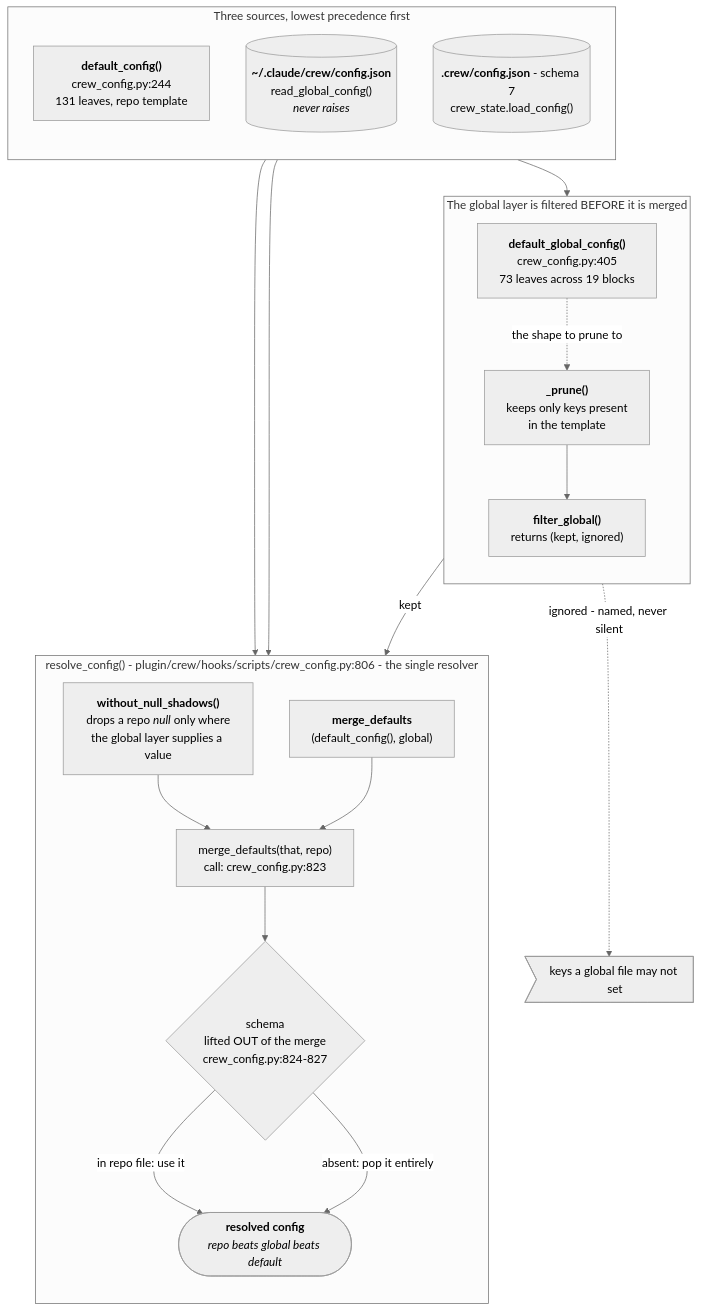
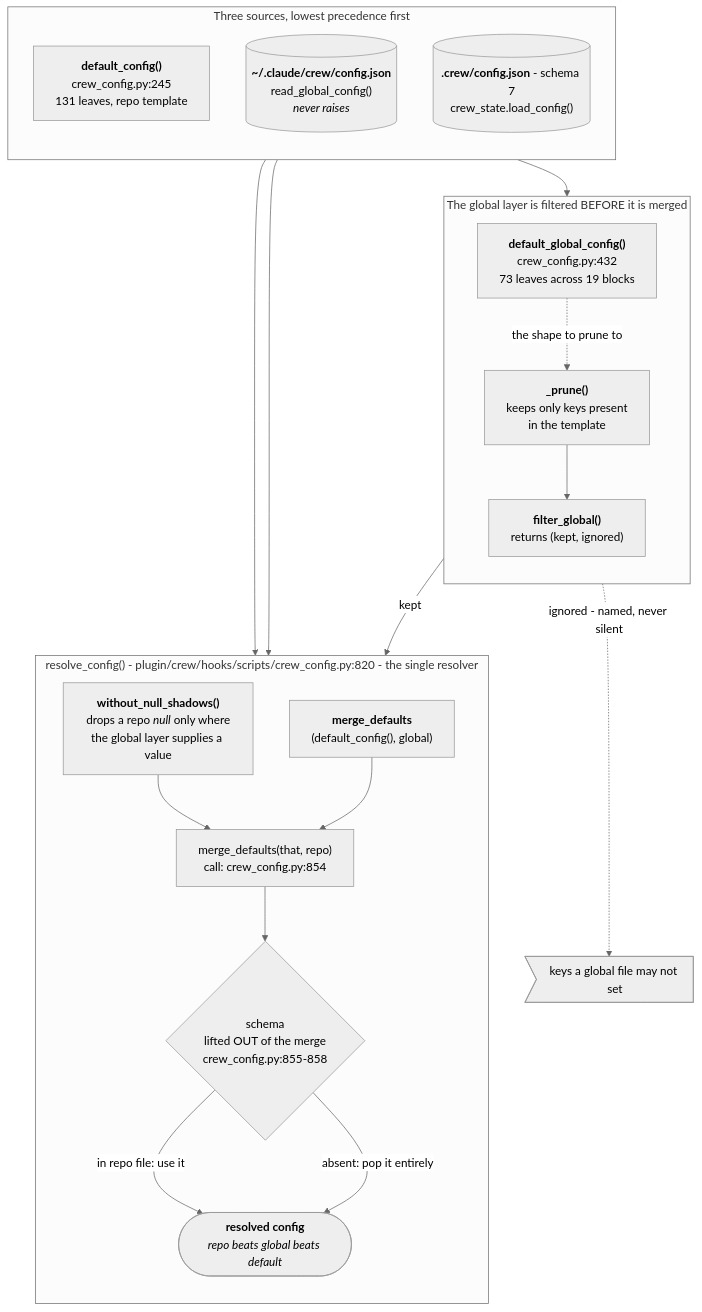
Before and after one commit to mbadali25/useful-claude-add-ons: the diagram in docs/diagrams/data-flow-crew-config-read.mmd, drawn with Mermaid (neutral theme). The commit also changed 9 other files, not shown here.

First line of the commit message:
T-0066: re-point config diagram cites, CONFIG.md measured counts 73/131/58, since-claims to 1.0.330

```diff
--- a/docs/diagrams/data-flow-crew-config-read.mmd
+++ b/docs/diagrams/data-flow-crew-config-read.mmd
@@ -1,69 +1,71 @@
 %% Generated from useful-claude-add-ons@452b30cc on 2026-10-02. Verify before trusting.
 %% Anchors: plugin/crew/hooks/scripts/crew_config.py, plugin/crew/hooks/scripts/crew_state.py, plugin/crew/hooks/scripts/crew_guards.py
 %% Purpose: The read side: the three config sources (built-in defaults, the machine file, the repo file), how the machine layer is pruned to its template before merging, and how resolve_config() merges them.
 %% Split from data-flow-crew-config.mmd (the overview); edges to other parts are drawn there.
-%% Re-drawn for T-0066 (crew 1.0.320, merging origin/main c9263465): crew_config.py gains a `git` block (forbiddenTrailers,
+%% Re-drawn for T-0066 (crew 1.0.330, merging origin/main c9263465): crew_config.py gains a `git` block (forbiddenTrailers,
 %%    default []) in both default functions. Counts re-executed: 131 / 73 / 58, 19 global blocks. DEF and TMPL updated.
+%%    Every crew_config.py and crew_state.py line cite re-pointed with grep -n on T-0066's branch (crew_guards and
+%%    crew_upgrade cites unchanged).
 %% Note DEF: default_config() plugin/crew/hooks/scripts/crew_config.py:245 <b>131 leaves</b> (executed, this
-%%    pass) composed from crew_state's PM_DEFAULTS :1108, QA_DEFAULTS :1160, DEV_DEFAULTS :1170,
-%%    WORKTREE_DEFAULTS :1198, CONTEXT_DEFAULTS :735, RESUME_DEFAULTS :698, AUTOPILOT_DEFAULTS :1097 -
+%%    pass) composed from crew_state's PM_DEFAULTS :1140, QA_DEFAULTS :1192, DEV_DEFAULTS :1202,
+%%    WORKTREE_DEFAULTS :1230, CONTEXT_DEFAULTS :765, RESUME_DEFAULTS :728, AUTOPILOT_DEFAULTS :1129 -
 %%    repo-only (re-exported from crew_guards: INSTALL_DEFAULTS :48, GUARD_DEFAULTS :198, PRODUCTION_DEFAULTS
 %%    :222, CLOUD_DEFAULTS :239 - repo-only, ENVIRONMENTS_DEFAULTS :251 - nonProd repo-only), and
 %%    crew_upgrade's GRAPH_BLOCK :48 / DOCS_BLOCK :107 / BITBUCKET_BLOCK :150 / GITHUB_BLOCK :173 /
 %%    CHANGE_BLOCK :203
-%% Note GLB: ~/.claude/crew/config.json read_global_config() plugin/crew/hooks/scripts/crew_config.py:753
+%% Note GLB: ~/.claude/crew/config.json read_global_config() plugin/crew/hooks/scripts/crew_config.py:767
 %%    <i>never raises</i> - absent, malformed or non-object all return {}, because this is reached from a
 %%    SessionStart hook
 %% Note REPO: .crew/config.json - schema 7 crew_state.load_config()
 %%    plugin/crew/hooks/scripts/crew_state.py:267 NOT the same file crew_context.py reads first - see the
 %%    TwoFiles section below
-%% Note TMPL: default_global_config() plugin/crew/hooks/scripts/crew_config.py:422 <b>73 leaves</b> (executed,
+%% Note TMPL: default_global_config() plugin/crew/hooks/scripts/crew_config.py:432 <b>73 leaves</b> (executed,
 %%    this pass) across <b>19 blocks</b>: qa, dev, worktree, secondOpinion, memory (2 of 5 repo leaves),
 %%    notify, pm, context.autoClear (8 of 9 - unsafeFocus is excluded, see AutoClear below), resume, docs,
 %%    bitbucket, github, install, guards (all TEN names), environments (prodUnattended only), change, git, route,
 %%    shellRoute - the single definition both rules below are enforced against
-%% Note PRUNE: _prune() plugin/crew/hooks/scripts/crew_config.py:685 keeps only keys present in the template.
+%% Note PRUNE: _prune() plugin/crew/hooks/scripts/crew_config.py:699 keeps only keys present in the template.
 %%    Descends structurally, so naming a block grants only the leaves under it.
-%% Note FILT: filter_global() plugin/crew/hooks/scripts/crew_config.py:711 returns (kept, ignored)
-%% Note NULLS: without_null_shadows() plugin/crew/hooks/scripts/crew_config.py:662 drops a repo <i>null</i>
+%% Note FILT: filter_global() plugin/crew/hooks/scripts/crew_config.py:725 returns (kept, ignored)
+%% Note NULLS: without_null_shadows() plugin/crew/hooks/scripts/crew_config.py:676 drops a repo <i>null</i>
 %%    ONLY where the global layer supplies a real value.
-%% Note M1: merge_defaults(default_config(), global) call: crew_config.py:822 def: plugin/crew/hooks/scripts/crew_state.py:1348
+%% Note M1: merge_defaults(default_config(), global) call: crew_config.py:853 def: plugin/crew/hooks/scripts/crew_state.py:1380
 %% Note OUT: resolved config <i>repo beats global beats default</i> this is ONLY .crew/config.json's
 %%    precedence - autoClear's own read path bypasses it, below
 flowchart TB
 
     subgraph Sources["Three sources, lowest precedence first"]
         direction TB
-        DEF["<b>default_config()</b><br/>crew_config.py:244<br/>131 leaves, repo template"]
+        DEF["<b>default_config()</b><br/>crew_config.py:245<br/>131 leaves, repo template"]
         GLB[("<b>~/.claude/crew/config.json</b><br/>read_global_config()<br/><i>never raises</i>")]
         REPO[("<b>.crew/config.json</b> - schema 7<br/>crew_state.load_config()")]
     end
 
     subgraph Gate["The global layer is filtered BEFORE it is merged"]
         direction TB
-        TMPL["<b>default_global_config()</b><br/>crew_config.py:405<br/>73 leaves across 19 blocks"]
+        TMPL["<b>default_global_config()</b><br/>crew_config.py:432<br/>73 leaves across 19 blocks"]
         PRUNE["<b>_prune()</b><br/>keeps only keys present<br/>in the template"]
         FILT["<b>filter_global()</b><br/>returns (kept, ignored)"]
     end
 
-    subgraph Merge["resolve_config() - plugin/crew/hooks/scripts/crew_config.py:806 - the single resolver"]
+    subgraph Merge["resolve_config() - plugin/crew/hooks/scripts/crew_config.py:820 - the single resolver"]
         direction TB
         NULLS["<b>without_null_shadows()</b><br/>drops a repo <i>null</i> only where<br/>the global layer supplies a value"]
         M1["<b>merge_defaults</b><br/>(default_config(), global)"]
-        M2["merge_defaults(that, repo)<br/>call: crew_config.py:823"]
-        SCHEMA{"schema<br/>lifted OUT of the merge<br/>crew_config.py:824-827"}
+        M2["merge_defaults(that, repo)<br/>call: crew_config.py:854"]
+        SCHEMA{"schema<br/>lifted OUT of the merge<br/>crew_config.py:855-858"}
         OUT(["<b>resolved config</b><br/><i>repo beats global beats default</i>"])
     end
 
     DEF --> M1
     GLB --> FILT
     TMPL -.->|"the shape to prune to"| PRUNE
     PRUNE --> FILT
     FILT -->|kept| M1
     FILT -.->|"ignored - named, never silent"| IGN>"keys a global file may not set"]
     REPO --> NULLS
     NULLS --> M2
     M1 --> M2
     M2 --> SCHEMA
     SCHEMA -->|"in repo file: use it"| OUT
     SCHEMA -->|"absent: pop it entirely"| OUT
```
